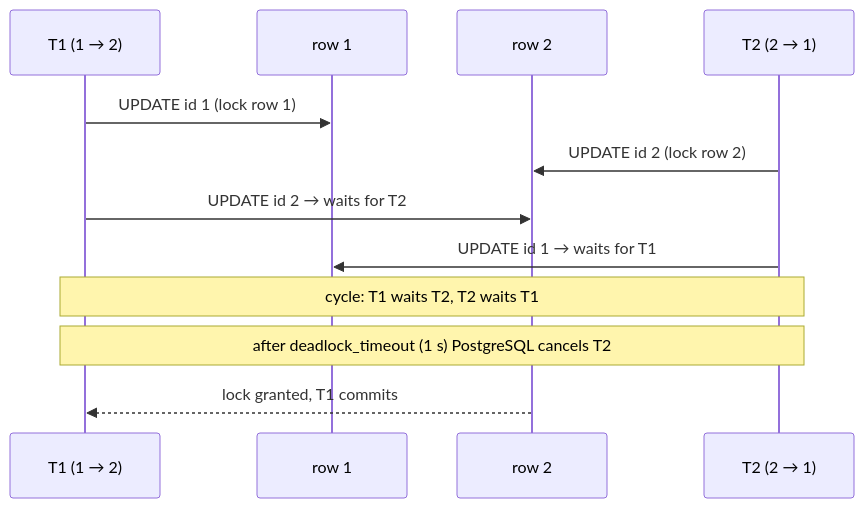
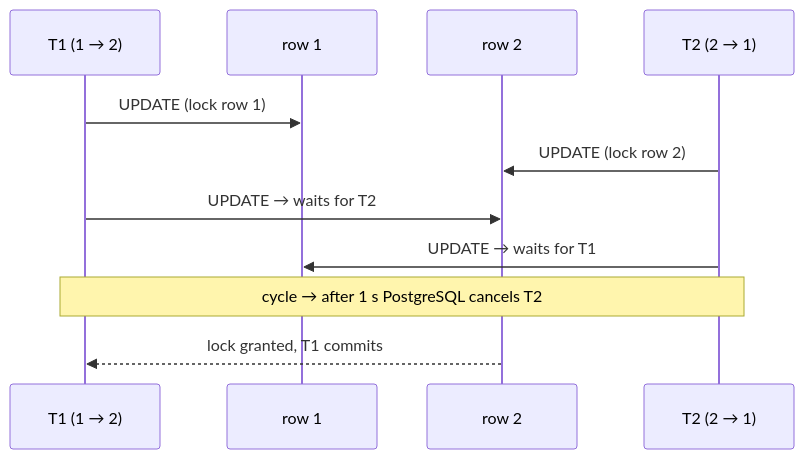
One commit to wesamkhateeb98-creator/postgresql-zero-to-hero changed the third of 6 diagrams in Doc/06-transactions-mvcc/04-locks-deadlocks.md. Above: the diagram before and after it, drawn with Mermaid. The commit also changed other lines of this file and 2 other files, not shown here.

````diff
--- a/Doc/06-transactions-mvcc/04-locks-deadlocks.md
+++ b/Doc/06-transactions-mvcc/04-locks-deadlocks.md
@@ -34,14 +138,13 @@
 ```mermaid
 sequenceDiagram
     participant T1 as T1 (1 → 2)
     participant R1 as row 1
     participant R2 as row 2
     participant T2 as T2 (2 → 1)
-    T1->>R1: UPDATE id 1 (lock row 1)
-    T2->>R2: UPDATE id 2 (lock row 2)
-    T1->>R2: UPDATE id 2 → waits for T2
-    T2->>R1: UPDATE id 1 → waits for T1
-    Note over T1,T2: cycle: T1 waits T2, T2 waits T1
-    Note over T1,T2: after deadlock_timeout (1 s) PostgreSQL cancels T2
+    T1->>R1: UPDATE (lock row 1)
+    T2->>R2: UPDATE (lock row 2)
+    T1->>R2: UPDATE → waits for T2
+    T2->>R1: UPDATE → waits for T1
+    Note over T1,T2: cycle → after 1 s PostgreSQL cancels T2
     R2-->>T1: lock granted, T1 commits
 ```
````
